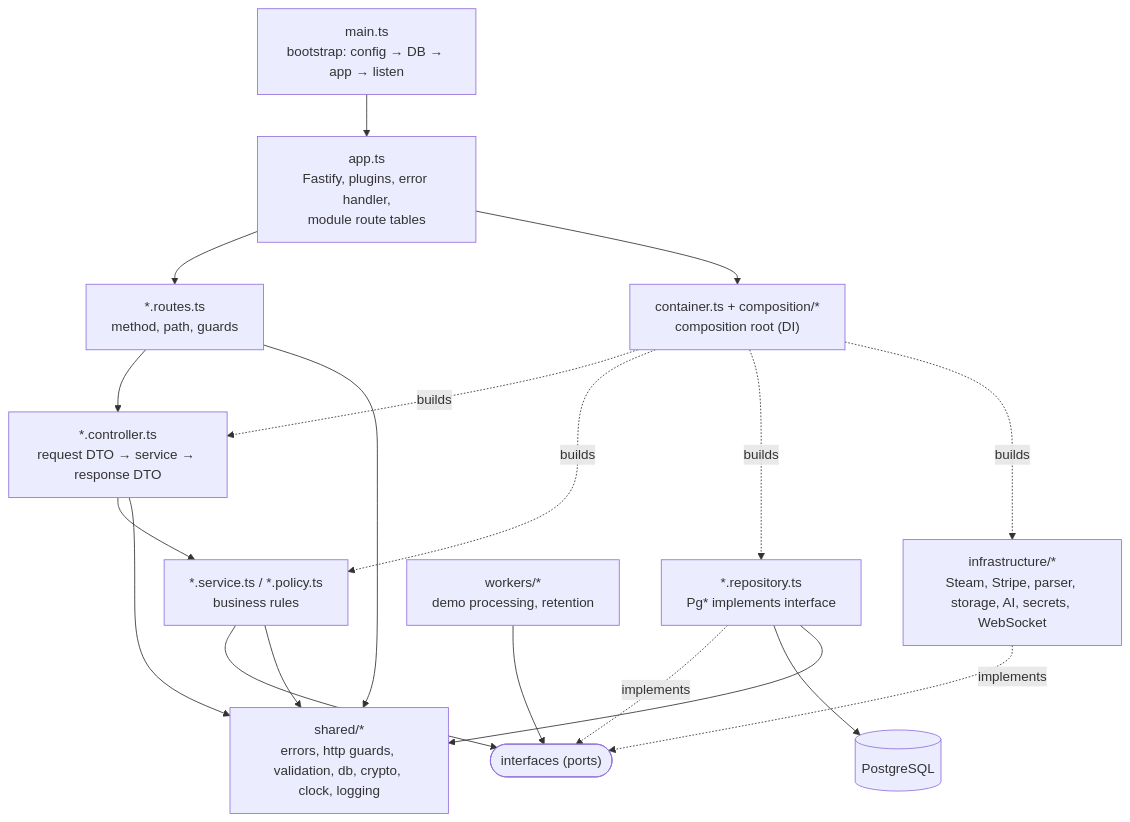
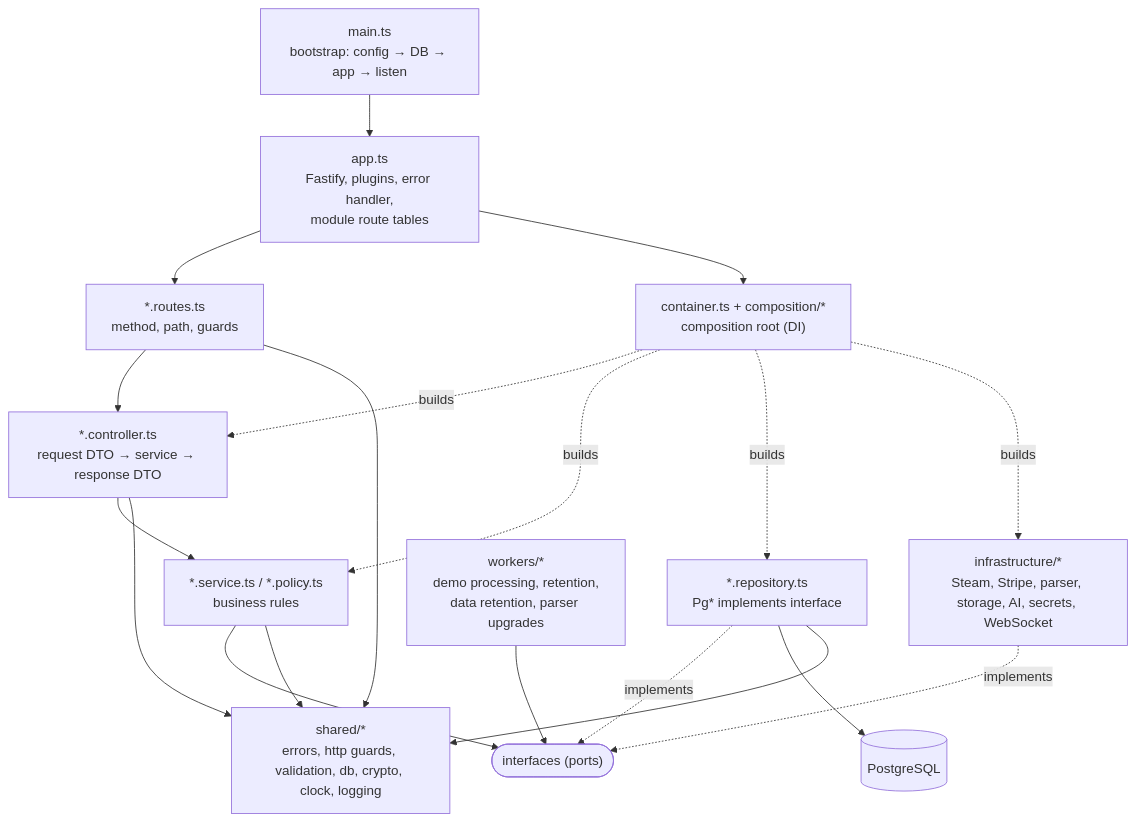
The first of 2 diagrams in docs/ARCHITECTURE.md (marcus-girolneto/cs2-live-intelligence), drawn with Mermaid before and after one commit. The commit also changed other lines of this file and 2 other files, not shown here.

First line of the commit message:
docs(database): new schema, data flow, retention and test database; review marked done

````diff
--- a/docs/ARCHITECTURE.md
+++ b/docs/ARCHITECTURE.md
@@ -11,16 +11,16 @@
 ```mermaid
 flowchart TB
   main["main.ts<br/>bootstrap: config → DB → app → listen"] --> app
   app["app.ts<br/>Fastify, plugins, error handler,<br/>module route tables"] --> routes
   container["container.ts + composition/*<br/>composition root (DI)"] -.builds.-> controllers & services & repos & infra
   app --> container
   routes["*.routes.ts<br/>method, path, guards"] --> controllers["*.controller.ts<br/>request DTO → service → response DTO"]
   controllers --> services["*.service.ts / *.policy.ts<br/>business rules"]
   services --> ports(["interfaces (ports)"])
   repos["*.repository.ts<br/>Pg* implements interface"] -. implements .-> ports
   infra["infrastructure/*<br/>Steam, Stripe, parser, storage, AI, secrets, WebSocket"] -. implements .-> ports
-  workers["workers/*<br/>demo processing, retention"] --> ports
+  workers["workers/*<br/>demo processing, retention,<br/>data retention, parser upgrades"] --> ports
   repos --> db[("PostgreSQL")]
   shared["shared/*<br/>errors, http guards, validation, db, crypto, clock, logging"]
   routes & controllers & services & repos --> shared
 ```
````
